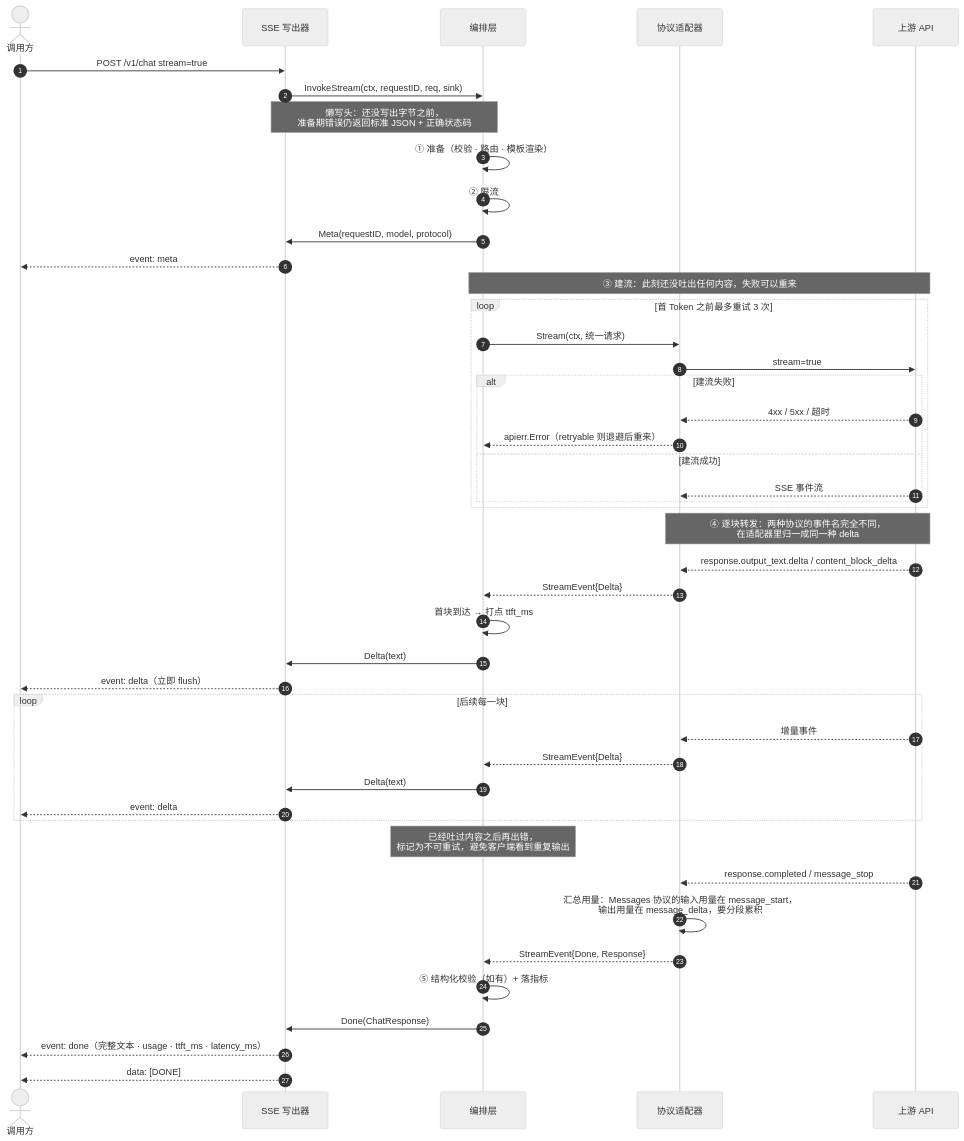
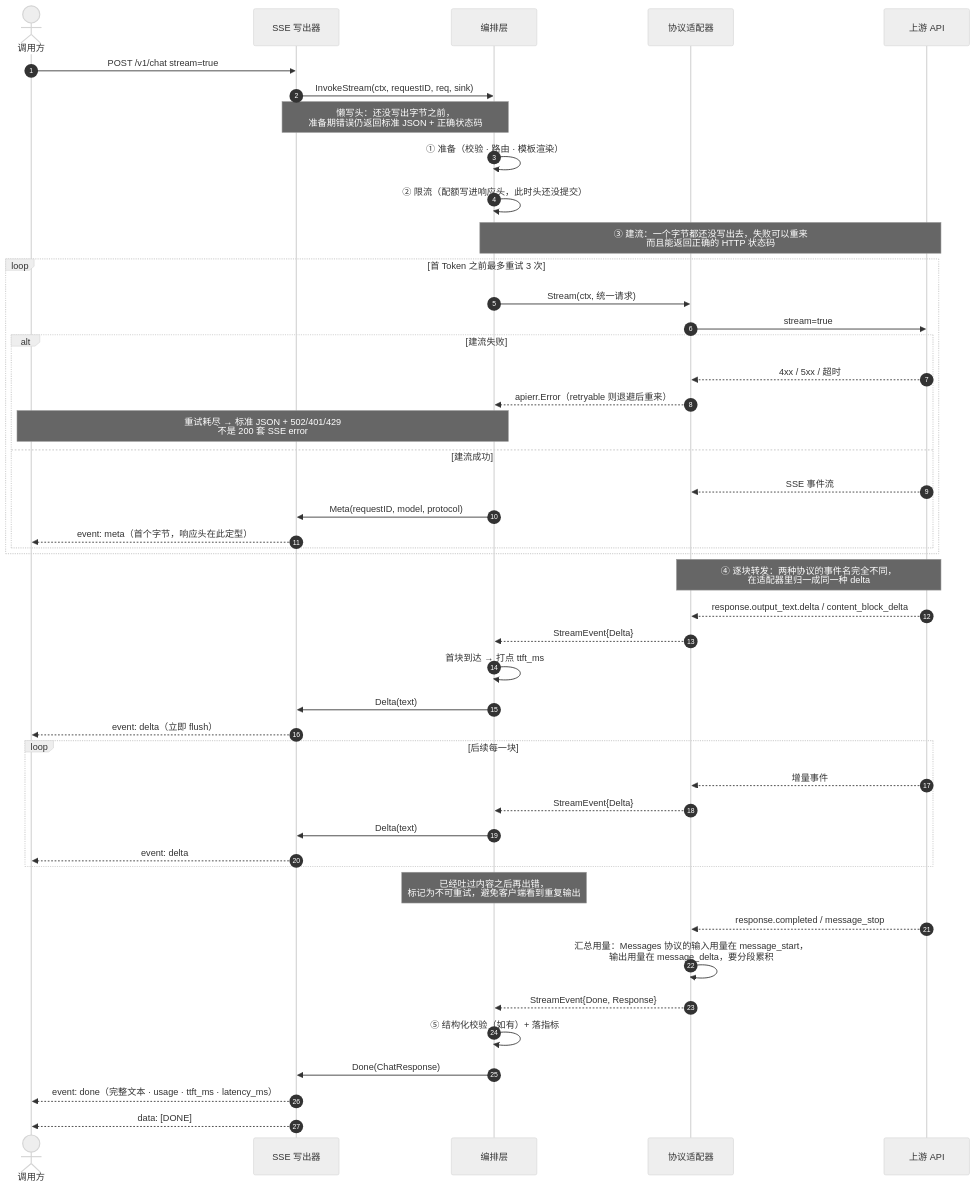
One commit to ZJFCEO/week_01_cc changed the second of 5 diagrams in docs/sequence.md. Above: the diagram before and after it, drawn with Mermaid (neutral theme). The commit also changed other lines of this file and 4 other files, not shown here.

First line of the commit message:
fix: 流式建流失败时返回正确的 HTTP 状态码

````diff
--- a/docs/sequence.md
+++ b/docs/sequence.md
@@ -102,53 +102,54 @@
 ```mermaid
 sequenceDiagram
     autonumber
     actor C as 调用方
     participant S as SSE 写出器
     participant G as 编排层
     participant A as 协议适配器
     participant U as 上游 API
 
     C->>S: POST /v1/chat  stream=true
     S->>G: InvokeStream(ctx, requestID, req, sink)
     Note over S,G: 懒写头：还没写出字节之前，<br/>准备期错误仍返回标准 JSON + 正确状态码
 
     G->>G: ① 准备（校验 · 路由 · 模板渲染）
-    G->>G: ② 限流
-    G->>S: Meta(requestID, model, protocol)
-    S-->>C: event: meta
+    G->>G: ② 限流（配额写进响应头，此时头还没提交）
 
-    Note over G,U: ③ 建流：此刻还没吐出任何内容，失败可以重来
+    Note over G,U: ③ 建流：一个字节都还没写出去，失败可以重来<br/>而且能返回正确的 HTTP 状态码
     loop 首 Token 之前最多重试 3 次
         G->>A: Stream(ctx, 统一请求)
         A->>U: stream=true
         alt 建流失败
             U-->>A: 4xx / 5xx / 超时
             A-->>G: apierr.Error（retryable 则退避后重来）
+            Note over C,G: 重试耗尽 → 标准 JSON + 502/401/429<br/>不是 200 套 SSE error
         else 建流成功
             U-->>A: SSE 事件流
+            G->>S: Meta(requestID, model, protocol)
+            S-->>C: event: meta（首个字节，响应头在此定型）
         end
     end
 
     Note over A,U: ④ 逐块转发：两种协议的事件名完全不同，<br/>在适配器里归一成同一种 delta
     U-->>A: response.output_text.delta / content_block_delta
     A-->>G: StreamEvent{Delta}
     G->>G: 首块到达 → 打点 ttft_ms
     G->>S: Delta(text)
     S-->>C: event: delta（立即 flush）
 
     loop 后续每一块
         U-->>A: 增量事件
         A-->>G: StreamEvent{Delta}
         G->>S: Delta(text)
         S-->>C: event: delta
     end
     Note over G: 已经吐过内容之后再出错，<br/>标记为不可重试，避免客户端看到重复输出
 
     U-->>A: response.completed / message_stop
     A->>A: 汇总用量：Messages 协议的输入用量在 message_start，<br/>输出用量在 message_delta，要分段累积
     A-->>G: StreamEvent{Done, Response}
     G->>G: ⑤ 结构化校验（如有）+ 落指标
     G->>S: Done(ChatResponse)
     S-->>C: event: done（完整文本 · usage · ttft_ms · latency_ms）
     S-->>C: data: [DONE]
 ```
````
